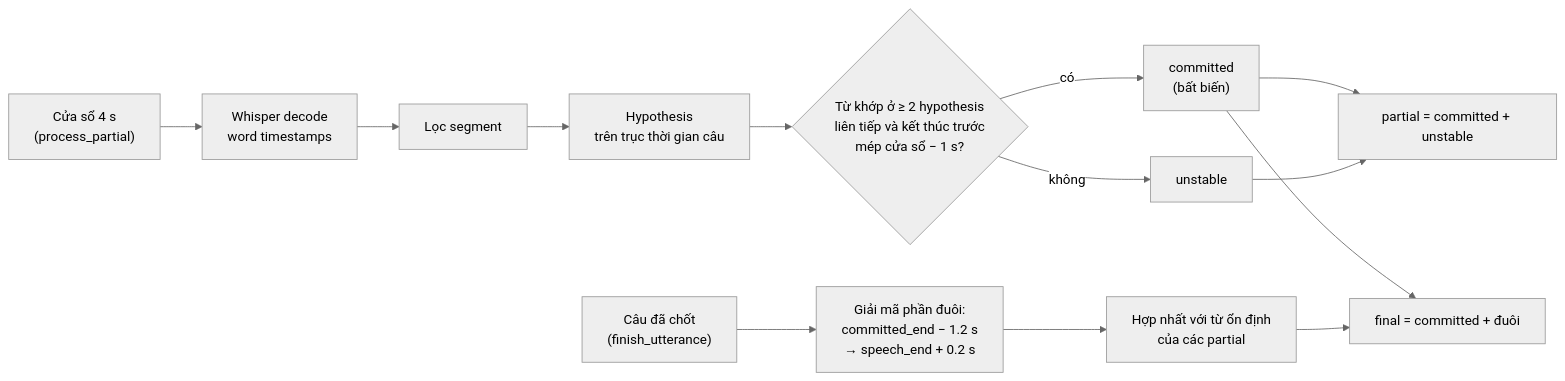
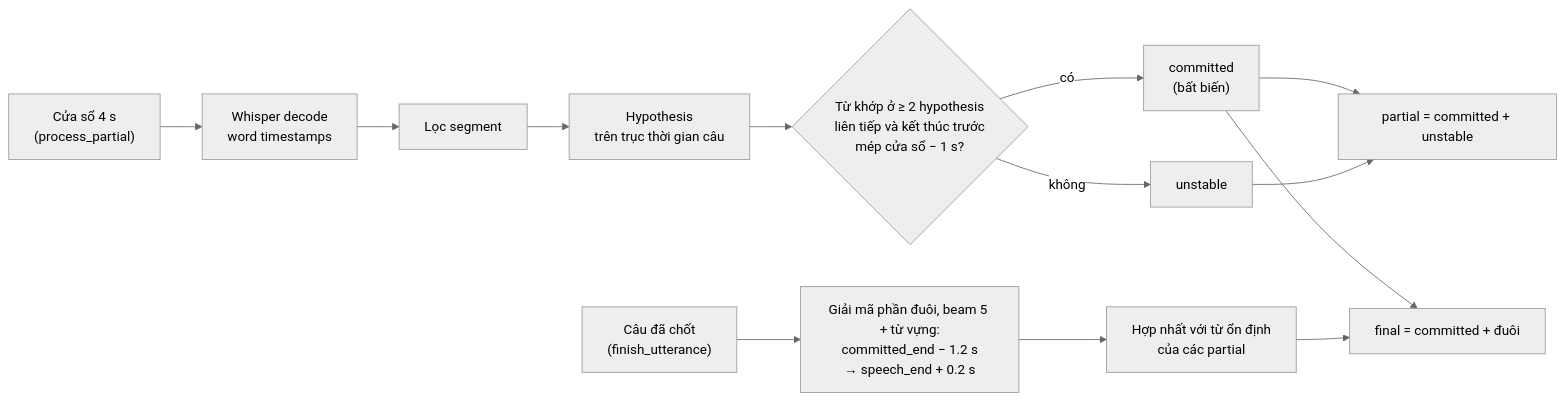
One commit to phivan3008/Realtime-meeting-translator-v7 changed the sixth of 8 diagrams in ARCHITECTURE.md. Above: the diagram before and after it, drawn with Mermaid (neutral theme). The commit also changed other lines of this file and 7 other files, not shown here.

````diff
--- a/ARCHITECTURE.md
+++ b/ARCHITECTURE.md
@@ -181,15 +196,15 @@
 ```mermaid
 flowchart LR
     W["Cửa sổ 4 s<br/>(process_partial)"] --> D["Whisper decode<br/>word timestamps"]
     D --> G["Lọc segment"]
     G --> H["Hypothesis<br/>trên trục thời gian câu"]
     H --> A{"Từ khớp ở ≥ 2 hypothesis<br/>liên tiếp và kết thúc trước<br/>mép cửa sổ − 1 s?"}
     A -->|"có"| COM["committed<br/>(bất biến)"]
     A -->|"không"| UNS["unstable"]
     COM --> P["partial = committed + unstable"]
     UNS --> P
-    E["Câu đã chốt<br/>(finish_utterance)"] --> T["Giải mã phần đuôi:<br/>committed_end − 1.2 s<br/>→ speech_end + 0.2 s"]
+    E["Câu đã chốt<br/>(finish_utterance)"] --> T["Giải mã phần đuôi, beam 5 + từ vựng:<br/>committed_end − 1.2 s<br/>→ speech_end + 0.2 s"]
     T --> R["Hợp nhất với từ ổn định<br/>của các partial"]
     COM --> F["final = committed + đuôi"]
     R --> F
 ```
````
